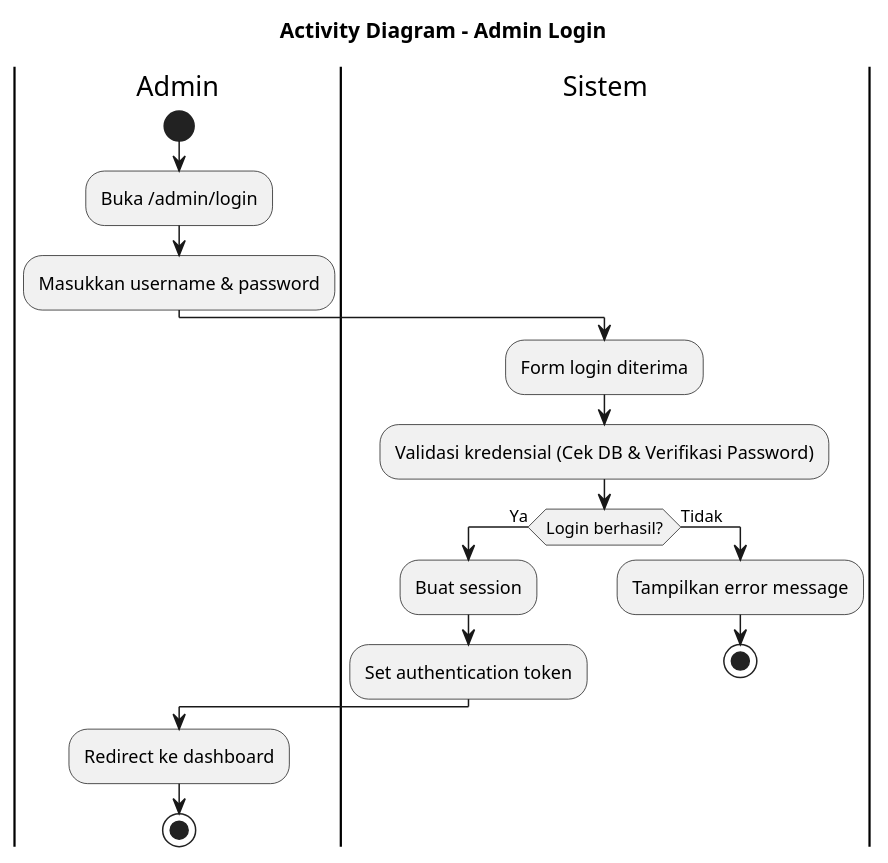
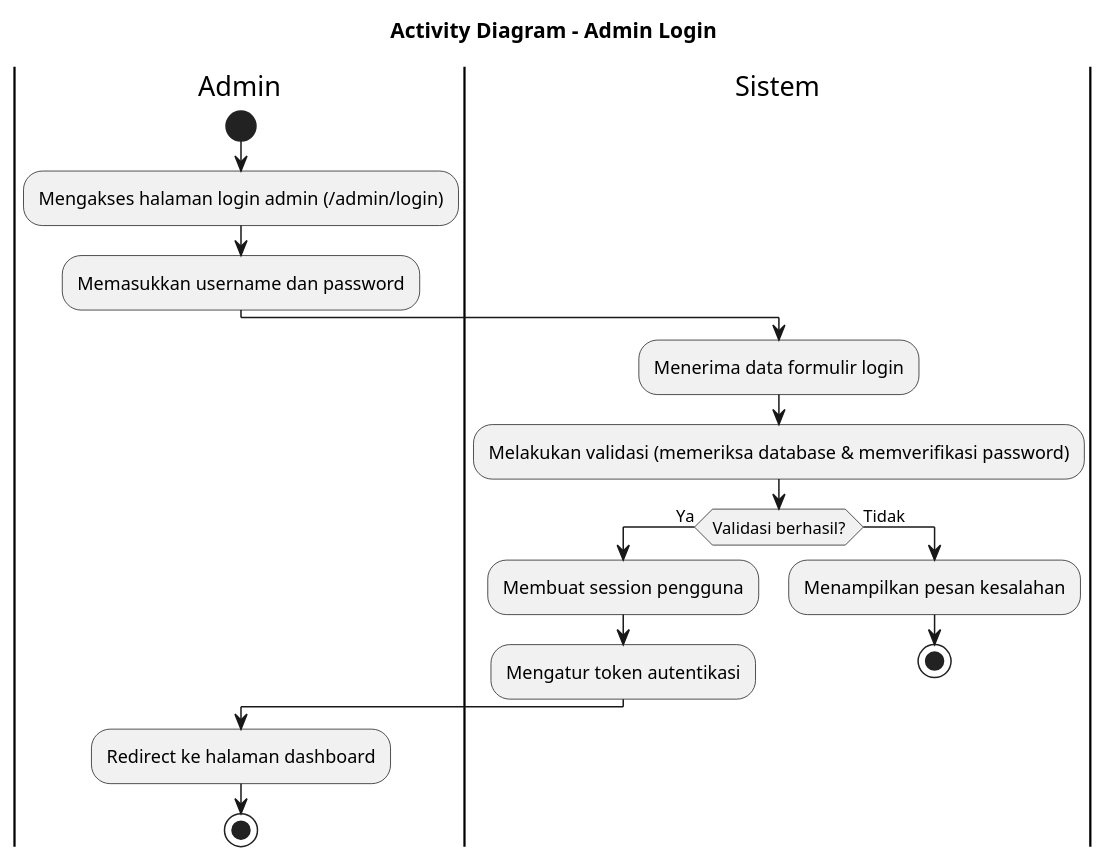
One commit to jaddu17/capstonepmikp changed the diagram in diagram/activitydiagram_admin_login.puml. Above: the diagram before and after it, drawn with PlantUML. The commit also changed 11 other files, not shown here.

```diff
--- a/diagram/activitydiagram_admin_login.puml
+++ b/diagram/activitydiagram_admin_login.puml
@@ -1,25 +1,25 @@
 @startuml ACTIVITY_DIAGRAM_ADMIN_LOGIN
 title Activity Diagram - Admin Login
 
 |Admin|
 start
-:Buka /admin/login;
-:Masukkan username & password;
+:Mengakses halaman login admin (/admin/login);
+:Memasukkan username dan password;
 
 |Sistem|
-:Form login diterima;
-:Validasi kredensial (Cek DB & Verifikasi Password);
+:Menerima data formulir login;
+:Melakukan validasi (memeriksa database & memverifikasi password);
 
-if (Login berhasil?) then (Ya)
-  :Buat session;
-  :Set authentication token;
+if (Validasi berhasil?) then (Ya)
+  :Membuat session pengguna;
+  :Mengatur token autentikasi;
 else (Tidak)
-  :Tampilkan error message;
+  :Menampilkan pesan kesalahan;
   stop
 endif
 
 |Admin|
-:Redirect ke dashboard;
+:Redirect ke halaman dashboard;
 stop
 
 @enduml
```
